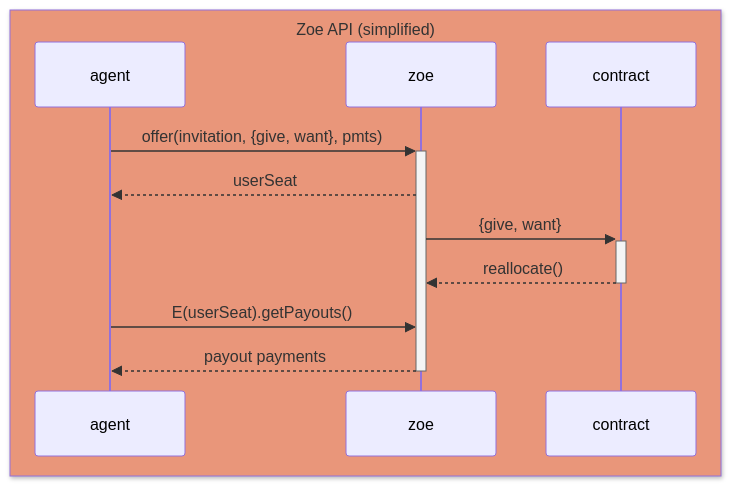
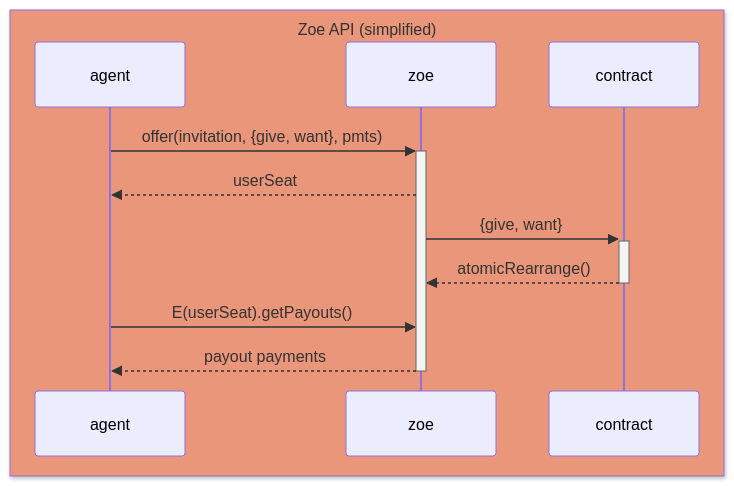
One commit to Agoric/documentation changed the diagram in main/guides/getting-started/assets/zoe-simp.mmd. Above: the diagram before and after it, drawn with Mermaid. The commit also changed 5 other files, not shown here.

```diff
--- a/main/guides/getting-started/assets/zoe-simp.mmd
+++ b/main/guides/getting-started/assets/zoe-simp.mmd
@@ -1,14 +1,14 @@
 sequenceDiagram
 box darksalmon Zoe API (simplified)
 
   participant agent
   participant zoe
   participant contract
 end
 
     agent->>+zoe: offer(invitation, {give, want}, pmts)
     zoe-->>agent: userSeat
     zoe->>+contract: {give, want}
-    contract-->>-zoe: reallocate()
+    contract-->>-zoe: atomicRearrange()
     agent->>zoe: E(userSeat).getPayouts()
     zoe-->>-agent: payout payments
```
